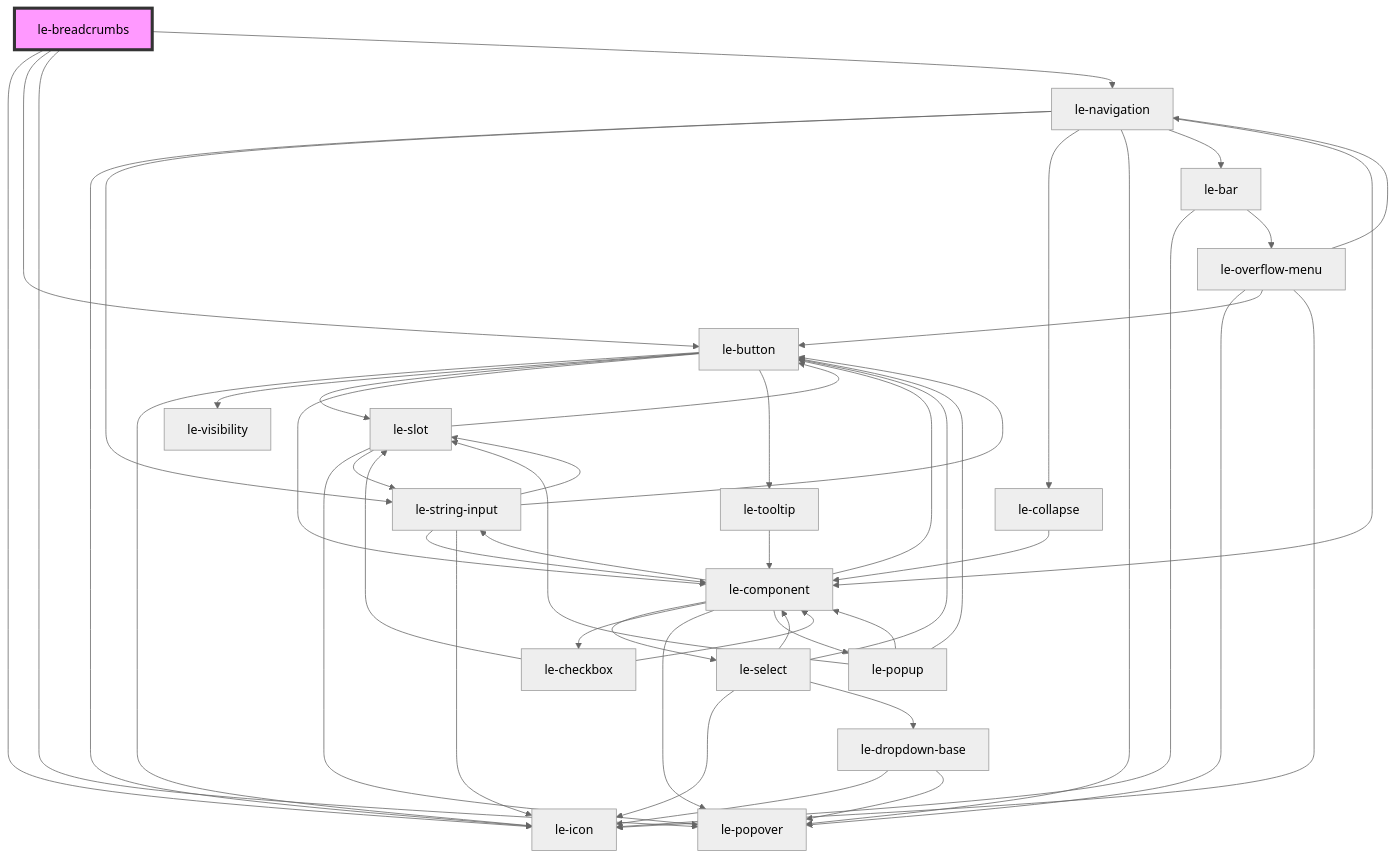
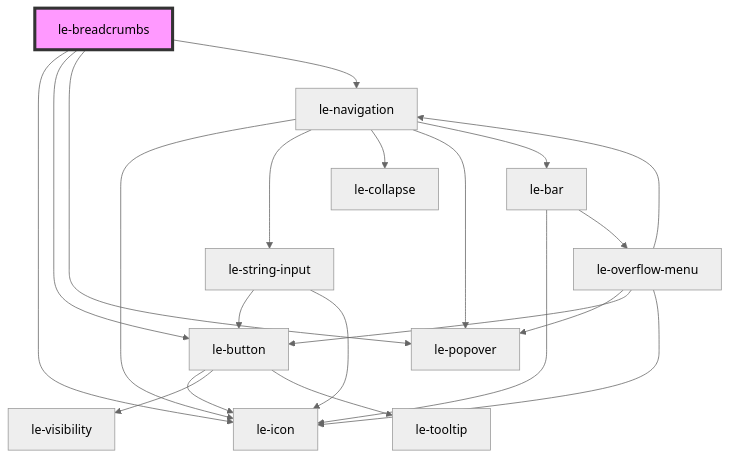
Before and after one commit to leechy/le-kit: the diagram in packages/core/src/components/le-breadcrumbs/readme.md, drawn with Mermaid (neutral theme). The commit also changed 44 other files, not shown here.

````diff
--- a/packages/core/src/components/le-breadcrumbs/readme.md
+++ b/packages/core/src/components/le-breadcrumbs/readme.md
@@ -36,51 +36,24 @@
 ```mermaid
 graph TD;
   le-breadcrumbs --> le-icon
   le-breadcrumbs --> le-button
   le-breadcrumbs --> le-popover
   le-breadcrumbs --> le-navigation
   le-button --> le-icon
   le-button --> le-visibility
-  le-button --> le-slot
-  le-button --> le-component
   le-button --> le-tooltip
-  le-slot --> le-popover
-  le-slot --> le-button
-  le-slot --> le-string-input
-  le-string-input --> le-component
-  le-string-input --> le-button
-  le-string-input --> le-icon
-  le-string-input --> le-slot
-  le-component --> le-button
-  le-component --> le-select
-  le-component --> le-checkbox
-  le-component --> le-string-input
-  le-component --> le-popover
-  le-component --> le-popup
-  le-select --> le-icon
-  le-select --> le-component
-  le-select --> le-dropdown-base
-  le-select --> le-button
-  le-dropdown-base --> le-icon
-  le-dropdown-base --> le-popover
-  le-checkbox --> le-component
-  le-checkbox --> le-slot
-  le-popup --> le-slot
-  le-popup --> le-button
-  le-popup --> le-component
-  le-tooltip --> le-component
   le-navigation --> le-icon
   le-navigation --> le-string-input
   le-navigation --> le-collapse
   le-navigation --> le-popover
   le-navigation --> le-bar
-  le-navigation --> le-component
-  le-collapse --> le-component
+  le-string-input --> le-button
+  le-string-input --> le-icon
   le-bar --> le-icon
   le-bar --> le-overflow-menu
   le-overflow-menu --> le-navigation
   le-overflow-menu --> le-popover
   le-overflow-menu --> le-button
   le-overflow-menu --> le-icon
   style le-breadcrumbs fill:#f9f,stroke:#333,stroke-width:4px
 ```
````
